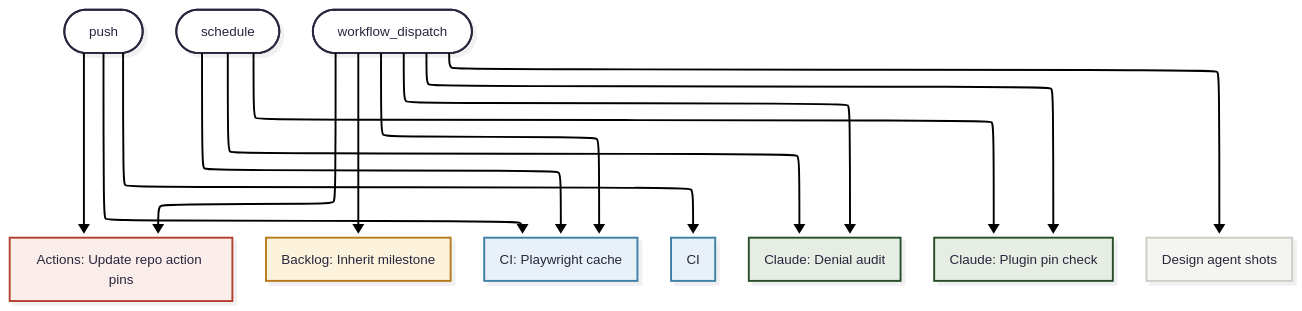
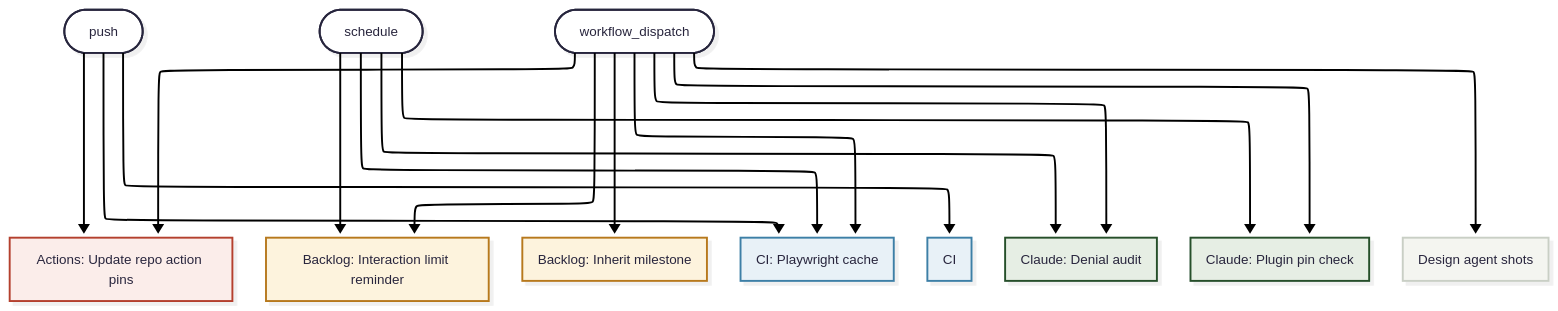
Before and after one commit to henetiriki/kinscape: the third of 3 diagrams in .github/workflows/README.md, drawn with Mermaid. The commit also changed other lines of this file and 15 other files, not shown here.

First line of the commit message:
C.601: Agents read collaborator comments only; reminder before the interaction limit lapses (#603)

````diff
--- a/.github/workflows/README.md
+++ b/.github/workflows/README.md
@@ -120,41 +122,44 @@
 ```mermaid
 ---
 config:
   theme: redux-color
   look: neo
   layout: elk
 ---
 flowchart TB
   on_push([push])
   on_schedule([schedule])
   on_workflow_dispatch([workflow_dispatch])
   actions_pin_update["Actions: Update repo action pins"]
+  backlog_interaction_limit["Backlog: Interaction limit reminder"]
   backlog_milestone["Backlog: Inherit milestone"]
   ci_playwright_cache["CI: Playwright cache"]
   ci["CI"]
   claude_denial_audit["Claude: Denial audit"]
   claude_plugin_pin_check["Claude: Plugin pin check"]
   design_agent_shots["Design agent shots"]
   on_push --> actions_pin_update
   on_push --> ci_playwright_cache
   on_push --> ci
+  on_schedule --> backlog_interaction_limit
   on_schedule --> ci_playwright_cache
   on_schedule --> claude_denial_audit
   on_schedule --> claude_plugin_pin_check
   on_workflow_dispatch --> actions_pin_update
+  on_workflow_dispatch --> backlog_interaction_limit
   on_workflow_dispatch --> backlog_milestone
   on_workflow_dispatch --> ci_playwright_cache
   on_workflow_dispatch --> claude_denial_audit
   on_workflow_dispatch --> claude_plugin_pin_check
   on_workflow_dispatch --> design_agent_shots
   classDef actions fill:#fbedea,stroke:#b4412f
   classDef backlog fill:#fdf3dd,stroke:#b7791f
   classDef ci fill:#e8f1f7,stroke:#3e7fa6
   classDef claude fill:#e6eee4,stroke:#264f29
   classDef design fill:#f4f5f0,stroke:#c9cfc5
   class actions_pin_update actions
-  class backlog_milestone backlog
+  class backlog_interaction_limit,backlog_milestone backlog
   class ci_playwright_cache,ci ci
   class claude_denial_audit,claude_plugin_pin_check claude
   class design_agent_shots design
 ```
````
